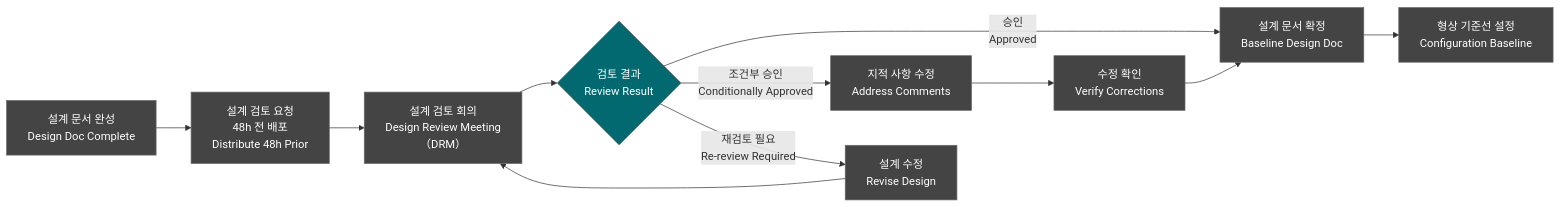
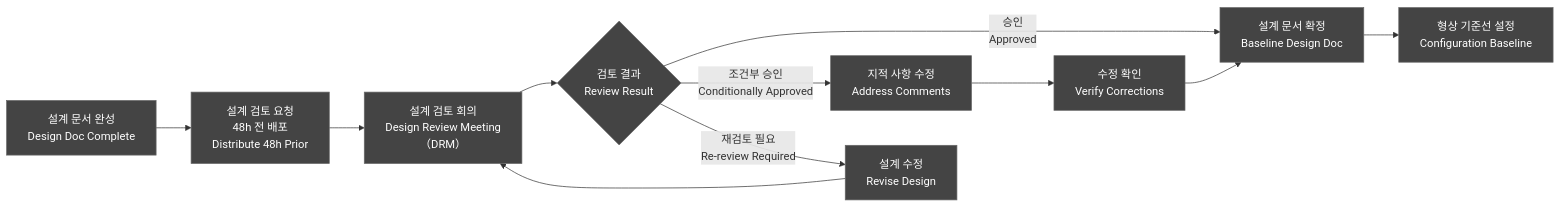
One commit to holee9/console-gui changed the sixth of 15 diagrams in docs/management/DOC-003a_SW_Development_Procedure_v1.0.md. Above: the diagram before and after it, drawn with Mermaid. The commit also changed other lines of this file and 35 other files, not shown here.

First line of the commit message:
fix: 전체 Mermaid 차트 색상 진한 회색 통일

````diff
--- a/docs/management/DOC-003a_SW_Development_Procedure_v1.0.md
+++ b/docs/management/DOC-003a_SW_Development_Procedure_v1.0.md
@@ -672,16 +672,16 @@
 ```mermaid
 flowchart LR
     classDef default fill:#444,stroke:#666,color:#fff
     A["설계 문서 완성\nDesign Doc Complete"] --> B["설계 검토 요청\n48h 전 배포\nDistribute 48h Prior"]
     B --> C["설계 검토 회의\nDesign Review Meeting\n（DRM）"]
     C --> D{검토 결과\nReview Result}
     D -->|"승인\nApproved"| E["설계 문서 확정\nBaseline Design Doc"]
     D -->|"조건부 승인\nConditionally Approved"| F["지적 사항 수정\nAddress Comments"]
     D -->|"재검토 필요\nRe-review Required"| G["설계 수정\nRevise Design"]
     F --> H["수정 확인\nVerify Corrections"]
     G --> C
     H --> E
     E --> I["형상 기준선 설정\nConfiguration Baseline"]
 
-    style D fill:#01696F,color:#fff
+    style D fill:#444,color:#fff
 ```
````
